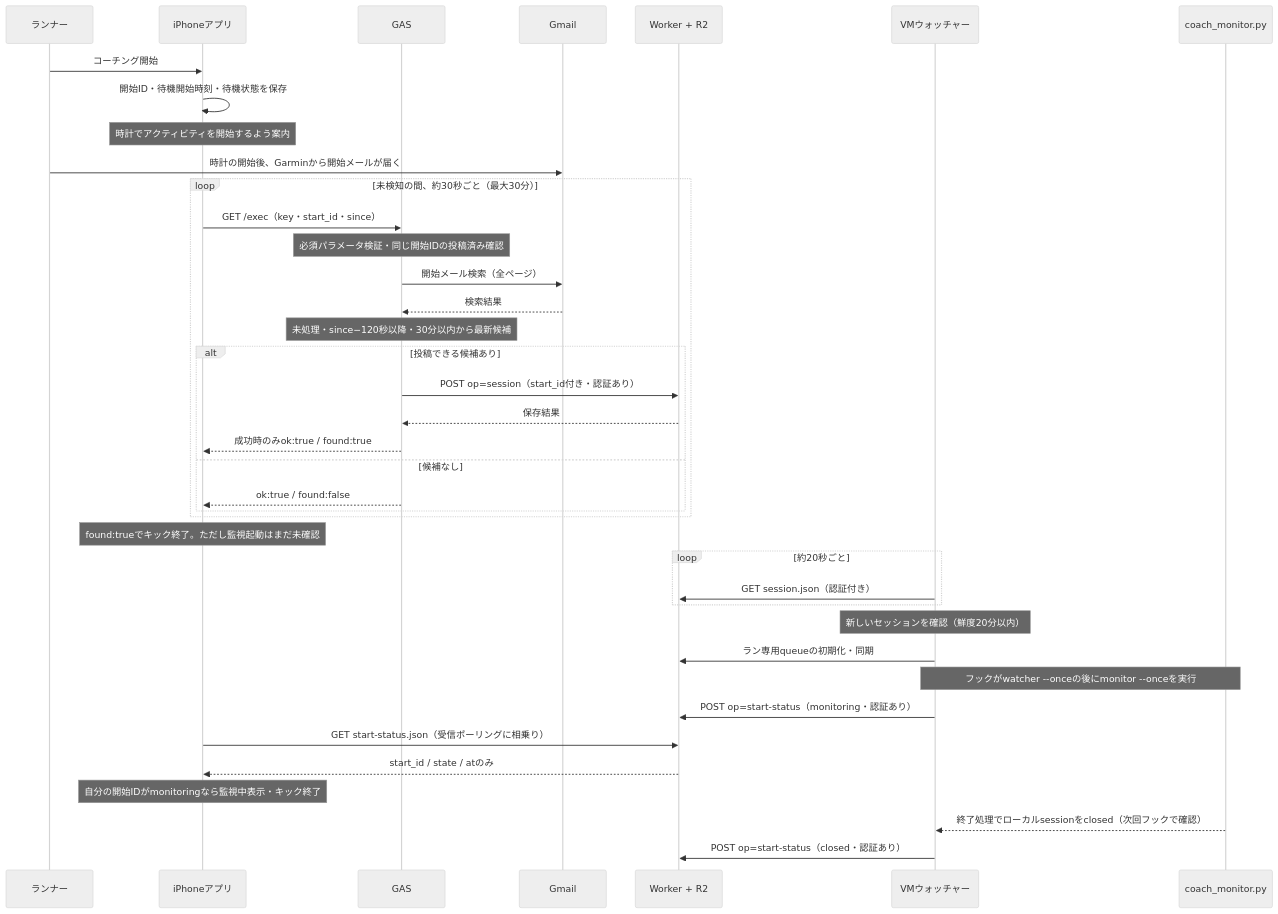
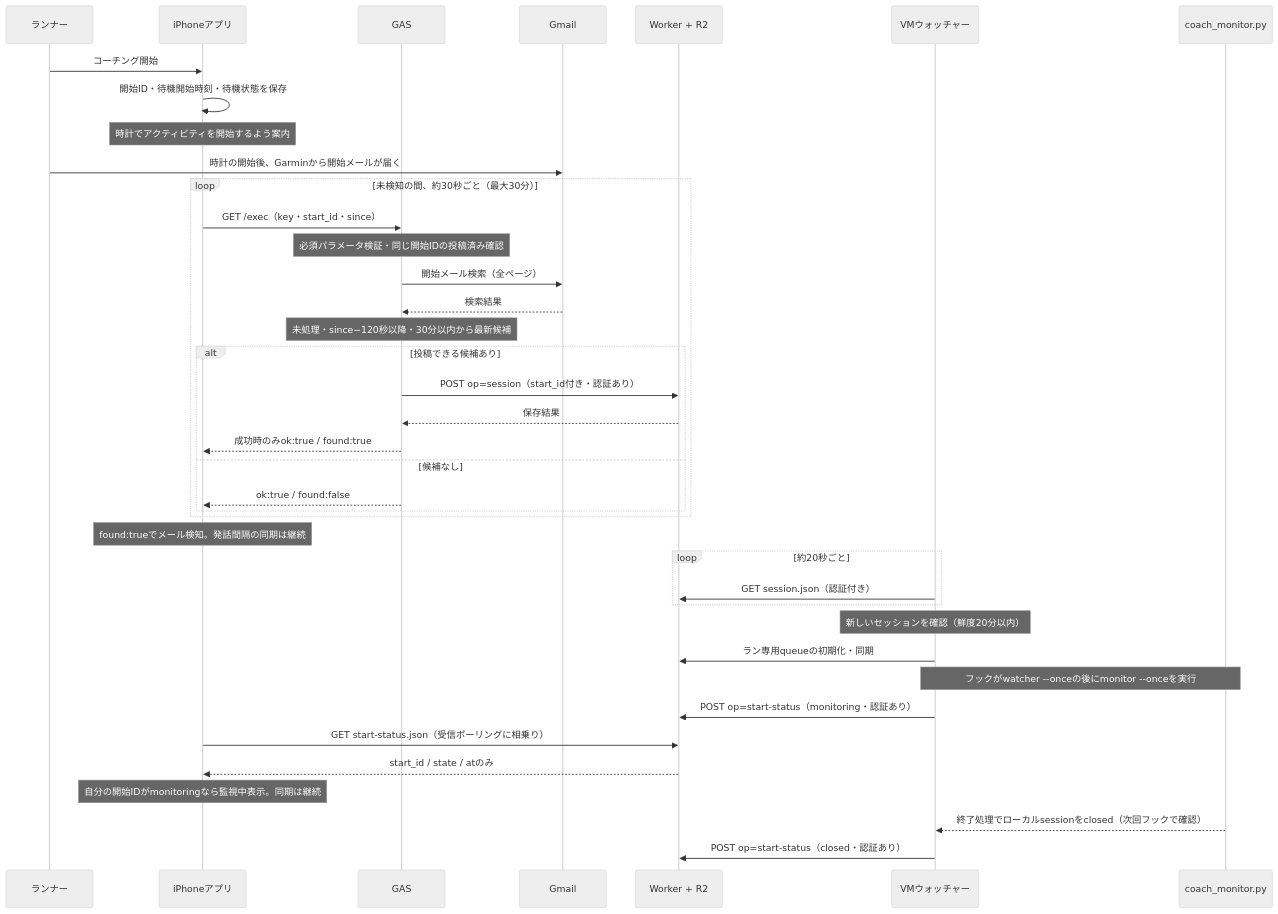
Before and after one commit to comeonyama/voice-coach-for-muse: the second of 4 diagrams in docs/system-and-data-flow.md, drawn with Mermaid (neutral theme). The commit also changed other lines of this file and 20 other files, not shown here.

````diff
--- a/docs/system-and-data-flow.md
+++ b/docs/system-and-data-flow.md
@@ -53,41 +53,41 @@
 ```mermaid
 sequenceDiagram
   participant U as ランナー
   participant I as iPhoneアプリ
   participant G as GAS
   participant M as Gmail
   participant W as Worker + R2
   participant V as VMウォッチャー
   participant C as coach_monitor.py
   U->>I: コーチング開始
   I->>I: 開始ID・待機開始時刻・待機状態を保存
   Note over I: 時計でアクティビティを開始するよう案内
   U->>M: 時計の開始後、Garminから開始メールが届く
   loop 未検知の間、約30秒ごと（最大30分）
     I->>G: GET /exec（key・start_id・since）
     Note over G: 必須パラメータ検証・同じ開始IDの投稿済み確認
     G->>M: 開始メール検索（全ページ）
     M-->>G: 検索結果
     Note over G: 未処理・since−120秒以降・30分以内から最新候補
     alt 投稿できる候補あり
       G->>W: POST op=session（start_id付き・認証あり）
       W-->>G: 保存結果
       G-->>I: 成功時のみok:true / found:true
     else 候補なし
       G-->>I: ok:true / found:false
     end
   end
-  Note over I: found:trueでキック終了。ただし監視起動はまだ未確認
+  Note over I: found:trueでメール検知。発話間隔の同期は継続
   loop 約20秒ごと
     V->>W: GET session.json（認証付き）
   end
   Note over V: 新しいセッションを確認（鮮度20分以内）
   V->>W: ラン専用queueの初期化・同期
   Note over V,C: フックがwatcher --onceの後にmonitor --onceを実行
   V->>W: POST op=start-status（monitoring・認証あり）
   I->>W: GET start-status.json（受信ポーリングに相乗り）
   W-->>I: start_id / state / atのみ
-  Note over I: 自分の開始IDがmonitoringなら監視中表示・キック終了
+  Note over I: 自分の開始IDがmonitoringなら監視中表示。同期は継続
   C-->>V: 終了処理でローカルsessionをclosed（次回フックで確認）
   V->>W: POST op=start-status（closed・認証あり）
 ```
````
